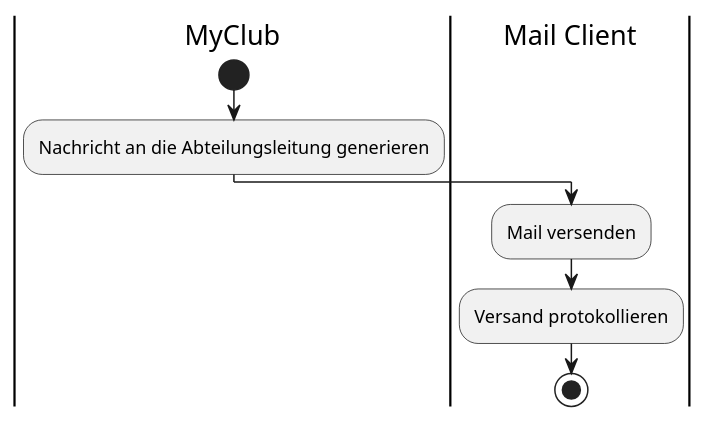
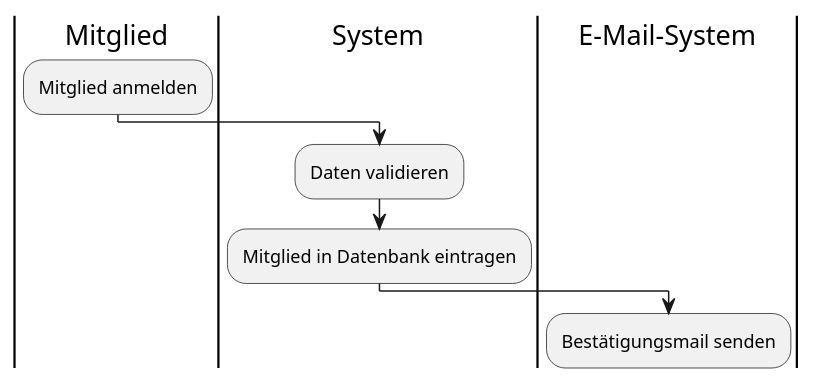
The diagram in zettel/Swimlane.md (theEdguy/Obsidian), drawn with PlantUML before and after one commit. The commit also changed other lines of this file and 490 other files, not shown here.

```diff
--- a/zettel/Swimlane.md
+++ b/zettel/Swimlane.md
@@ -20,9 +22,9 @@
 @startuml
-|MyClub|
-start
-:Nachricht an die Abteilungsleitung generieren;
-|Mail Client|
-:Mail versenden;
-:Versand protokollieren;
-stop
+|Mitglied|
+  :Mitglied anmelden;
+|System|
+  :Daten validieren;
+  :Mitglied in Datenbank eintragen;
+|E-Mail-System|
+  :Bestätigungsmail senden;
 @enduml
```
